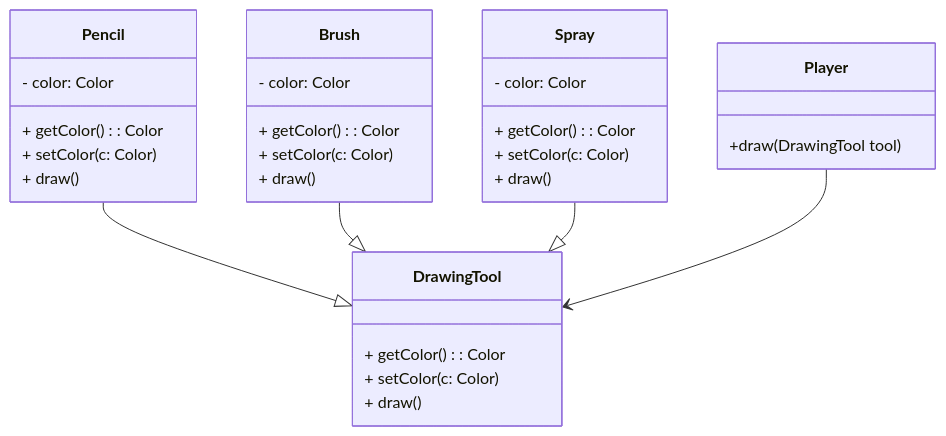
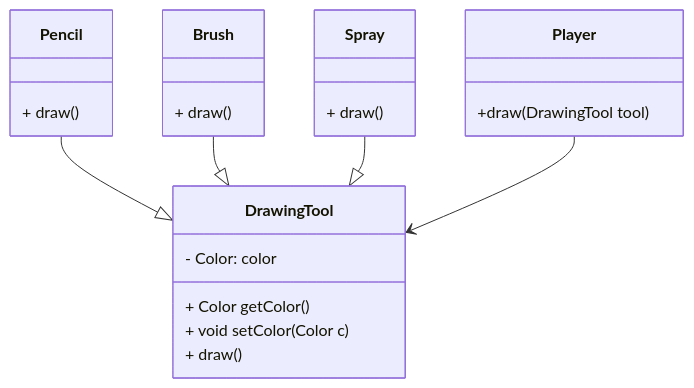
One commit to nbicocchi/learn-java-core changed the third of 10 diagrams in slides/E3.3 - Java Classes (Interfaces, abstract classes).md. Above: the diagram before and after it, drawn with Mermaid. The commit also changed other lines of this file and 1 other file, not shown here.

````diff
--- a/slides/E3.3 - Java Classes (Interfaces, abstract classes).md
+++ b/slides/E3.3 - Java Classes (Interfaces, abstract classes).md
@@ -77,38 +75,30 @@
 ```mermaid
 classDiagram
     class DrawingTool {
-       + getColor(): Color
-       + setColor(c: Color)
-       + draw()
+        - Color: color
+        + Color getColor()
+        + void setColor(Color c)
+        + draw()
     }
 
     class Pencil {
-       - color: Color
-       + getColor(): Color
-       + setColor(c: Color)
-       + draw()
+        + draw()
     }
 
     class Brush {
-       - color: Color
-       + getColor(): Color
-       + setColor(c: Color)
-       + draw()
+        + draw()
     }
 
     class Spray {
-       - color: Color
-       + getColor(): Color
-       + setColor(c: Color)
-       + draw()
+        + draw()
     }
 
     class Player {
         +draw(DrawingTool tool)
     }
 
     Pencil --|> DrawingTool
     Brush --|> DrawingTool
     Spray --|> DrawingTool
     Player --> DrawingTool
 ```
````
